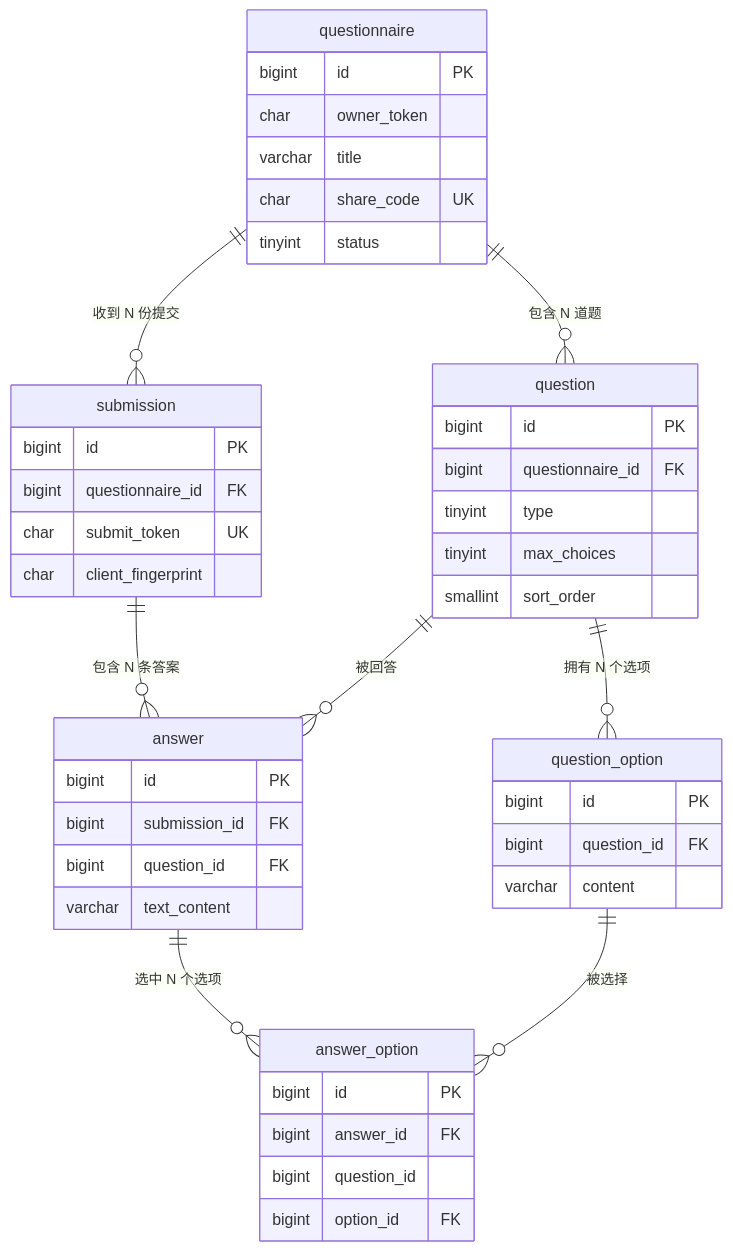
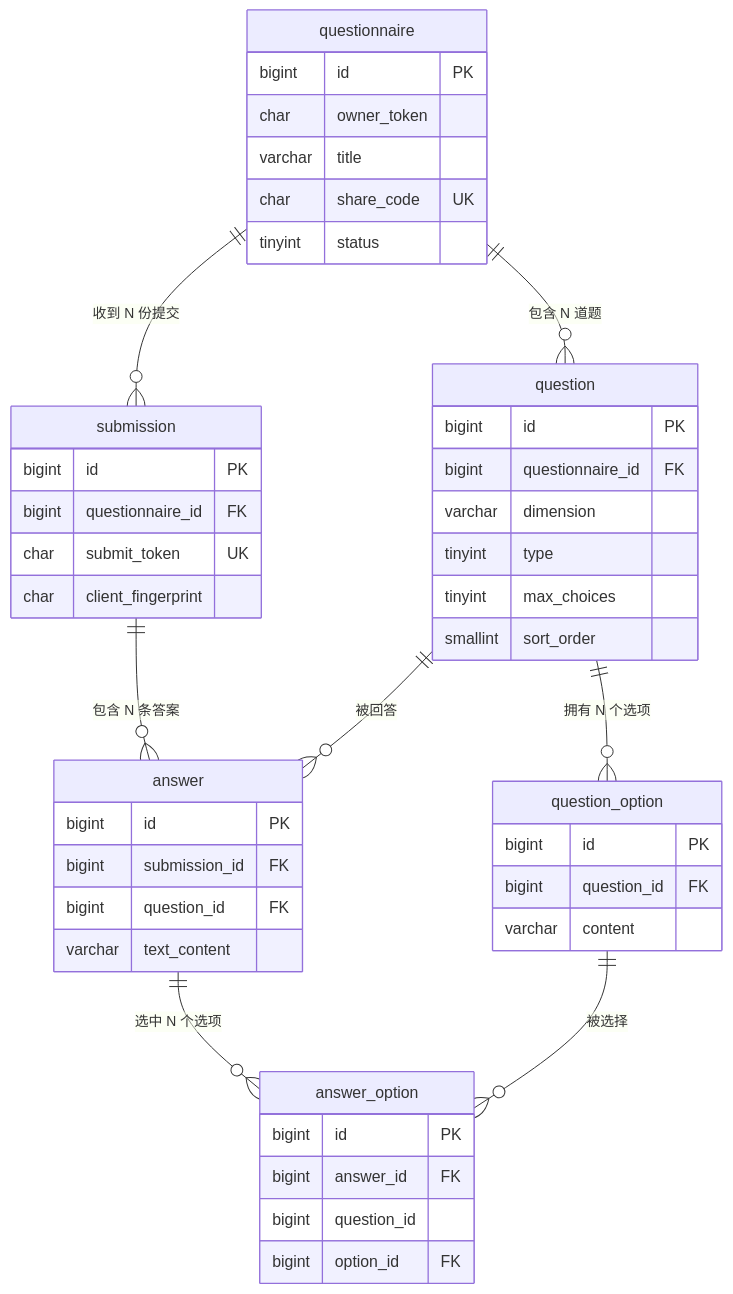
The diagram in docs/03-数据库设计.md (MaoWeijia188/Impression), drawn with Mermaid before and after one commit. The commit also changed other lines of this file and 3 other files, not shown here.

````diff
--- a/docs/03-数据库设计.md
+++ b/docs/03-数据库设计.md
@@ -24,48 +24,49 @@
 ```mermaid
 erDiagram
     questionnaire ||--o{ question        : "包含 N 道题"
     questionnaire ||--o{ submission      : "收到 N 份提交"
     question      ||--o{ question_option : "拥有 N 个选项"
     submission    ||--o{ answer          : "包含 N 条答案"
     question      ||--o{ answer          : "被回答"
     answer        ||--o{ answer_option   : "选中 N 个选项"
     question_option ||--o{ answer_option : "被选择"
 
     questionnaire {
         bigint  id PK
         char    owner_token
         varchar title
         char    share_code UK
         tinyint status
     }
     question {
         bigint  id PK
         bigint  questionnaire_id FK
+        varchar dimension
         tinyint type
         tinyint max_choices
         smallint sort_order
     }
     question_option {
         bigint  id PK
         bigint  question_id FK
         varchar content
     }
     submission {
         bigint  id PK
         bigint  questionnaire_id FK
         char    submit_token UK
         char    client_fingerprint
     }
     answer {
         bigint  id PK
         bigint  submission_id FK
         bigint  question_id FK
         varchar text_content
     }
     answer_option {
         bigint  id PK
         bigint  answer_id FK
         bigint  question_id
         bigint  option_id FK
     }
 ```
````
